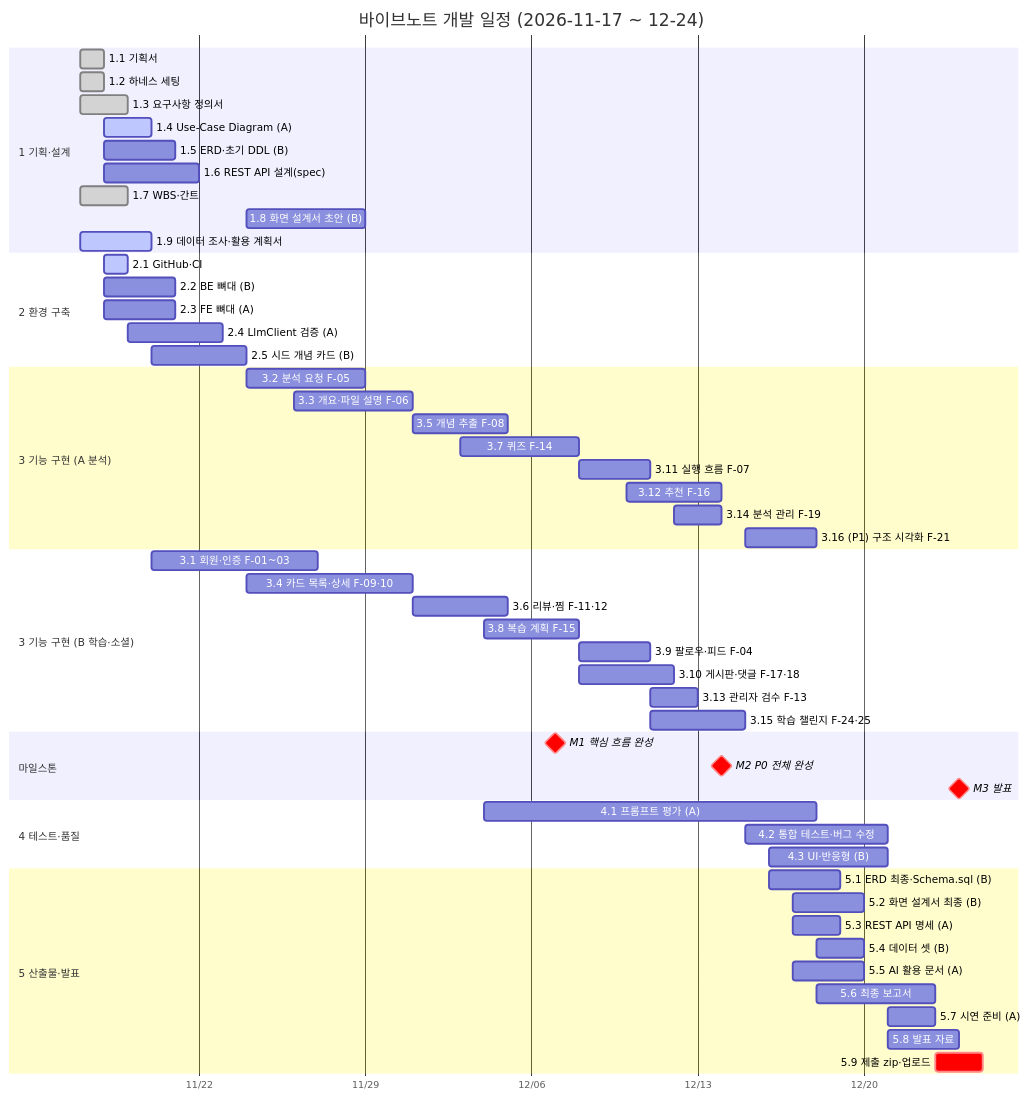
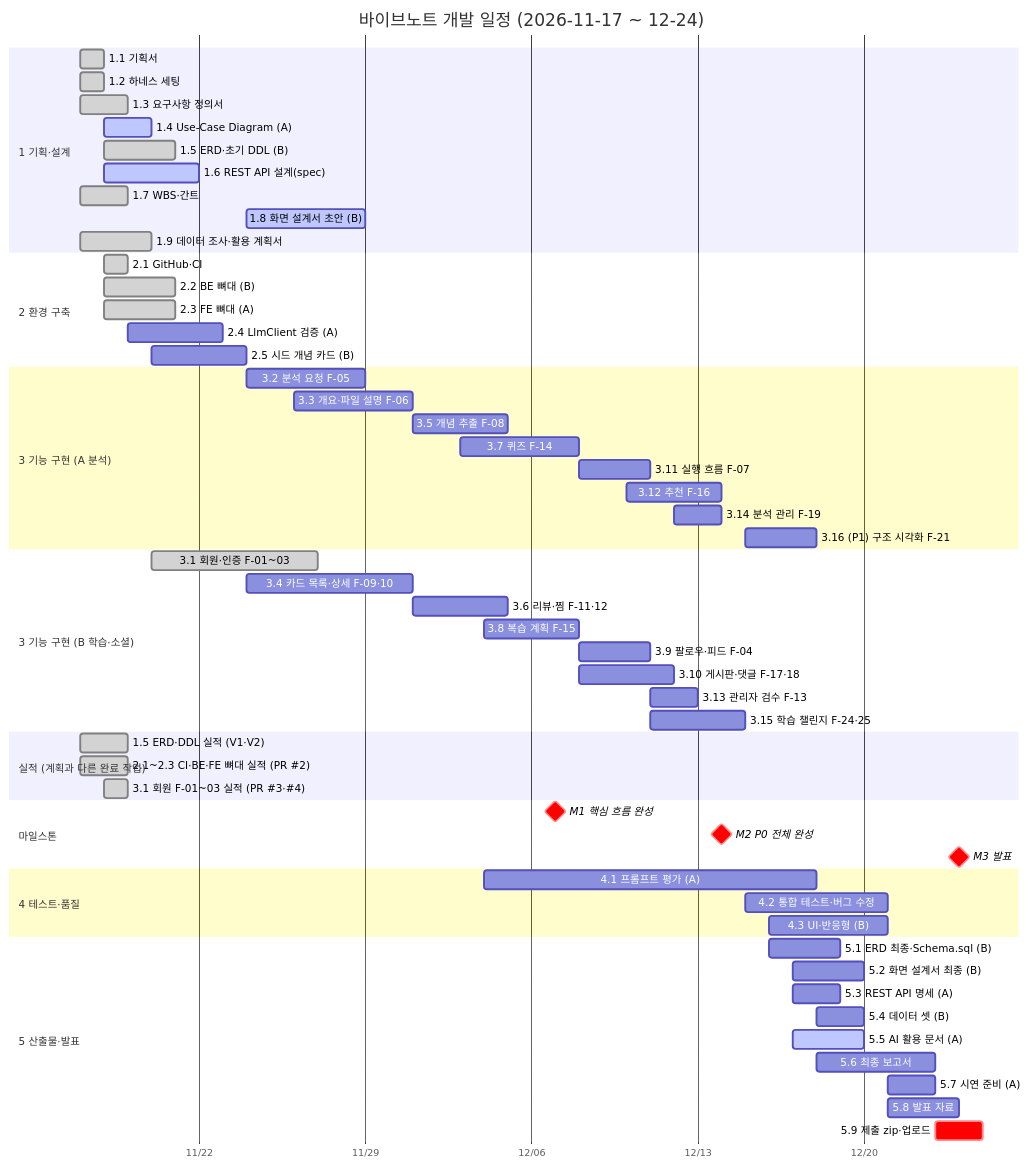
One commit to whans1996/final changed the diagram in docs/산출물/05-간트차트.md. Above: the diagram before and after it, drawn with Mermaid. The commit also changed other lines of this file and 1 other file, not shown here.

Commit message:
docs: WBS·간트 실적 반영 (기준선 유지 + 실적 열, 일정 관리 방식)
- 11/17 초판 이후 갱신되지 않던 상태를 실제에 맞춤 (1.5·1.9·2.1~2.3·3.1 완료, 1.4·1.6·1.8·5.5 진행)
- 계획 날짜는 기준선으로 두고 실적 열·간트 실적 섹션에 실제 날짜를 기록
- 재계획은 /progress가 마일스톤 위험을 판정했을 때만

````diff
--- a/docs/산출물/05-간트차트.md
+++ b/docs/산출물/05-간트차트.md
@@ -6,66 +7,71 @@
 ```mermaid
 gantt
   title 바이브노트 개발 일정 (2026-11-17 ~ 12-24)
   dateFormat YYYY-MM-DD
   axisFormat %m/%d
   todayMarker off
 
   section 1 기획·설계
   1.1 기획서                     :done,    t11, 2026-11-17, 1d
   1.2 하네스 세팅                :done,    t12, 2026-11-17, 1d
   1.3 요구사항 정의서            :done,    t13, 2026-11-17, 2d
   1.4 Use-Case Diagram (A)       :active,  t14, 2026-11-18, 2d
-  1.5 ERD·초기 DDL (B)           :         t15, 2026-11-18, 3d
-  1.6 REST API 설계(spec)        :         t16, 2026-11-18, 4d
+  1.5 ERD·초기 DDL (B)           :done,    t15, 2026-11-18, 3d
+  1.6 REST API 설계(spec)        :active,  t16, 2026-11-18, 4d
   1.7 WBS·간트                   :done,    t17, 2026-11-17, 2d
-  1.8 화면 설계서 초안 (B)       :         t18, 2026-11-24, 5d
-  1.9 데이터 조사·활용 계획서    :active,  t19, 2026-11-17, 3d
+  1.8 화면 설계서 초안 (B)       :active,  t18, 2026-11-24, 5d
+  1.9 데이터 조사·활용 계획서    :done,    t19, 2026-11-17, 3d
 
   section 2 환경 구축
-  2.1 GitHub·CI                  :active,  t21, 2026-11-18, 1d
-  2.2 BE 뼈대 (B)                :         t22, 2026-11-18, 3d
-  2.3 FE 뼈대 (A)                :         t23, 2026-11-18, 3d
+  2.1 GitHub·CI                  :done,    t21, 2026-11-18, 1d
+  2.2 BE 뼈대 (B)                :done,    t22, 2026-11-18, 3d
+  2.3 FE 뼈대 (A)                :done,    t23, 2026-11-18, 3d
   2.4 LlmClient 검증 (A)         :         t24, 2026-11-19, 4d
   2.5 시드 개념 카드 (B)         :         t25, 2026-11-20, 4d
 
   section 3 기능 구현 (A 분석)
   3.2 분석 요청 F-05             :         t32, 2026-11-24, 5d
   3.3 개요·파일 설명 F-06        :         t33, 2026-11-26, 5d
   3.5 개념 추출 F-08             :         t35, 2026-12-01, 4d
   3.7 퀴즈 F-14                  :         t37, 2026-12-03, 5d
   3.11 실행 흐름 F-07            :         t311, 2026-12-08, 3d
   3.12 추천 F-16                 :         t312, 2026-12-10, 4d
   3.14 분석 관리 F-19            :         t314, 2026-12-12, 2d
   3.16 (P1) 구조 시각화 F-21     :         t316, 2026-12-15, 3d
 
   section 3 기능 구현 (B 학습·소셜)
-  3.1 회원·인증 F-01~03          :         t31, 2026-11-20, 7d
+  3.1 회원·인증 F-01~03          :done,    t31, 2026-11-20, 7d
   3.4 카드 목록·상세 F-09·10     :         t34, 2026-11-24, 7d
   3.6 리뷰·찜 F-11·12            :         t36, 2026-12-01, 4d
   3.8 복습 계획 F-15             :         t38, 2026-12-04, 4d
   3.9 팔로우·피드 F-04           :         t39, 2026-12-08, 3d
   3.10 게시판·댓글 F-17·18       :         t310, 2026-12-08, 4d
   3.13 관리자 검수 F-13          :         t313, 2026-12-11, 2d
   3.15 학습 챌린지 F-24·25       :         t315, 2026-12-11, 4d
+
+  section 실적 (계획과 다른 완료 작업)
+  1.5 ERD·DDL 실적 (V1·V2)       :done,    a15, 2026-11-17, 2d
+  2.1~2.3 CI·BE·FE 뼈대 실적 (PR #2) :done, a21, 2026-11-17, 2d
+  3.1 회원 F-01~03 실적 (PR #3·#4) :done,  a31, 2026-11-18, 1d
 
   section 마일스톤
   M1 핵심 흐름 완성              :milestone, crit, m1, 2026-12-07, 0d
   M2 P0 전체 완성                :milestone, crit, m2, 2026-12-14, 0d
   M3 발표                        :milestone, crit, m3, 2026-12-24, 0d
 
   section 4 테스트·품질
   4.1 프롬프트 평가 (A)          :         t41, 2026-12-04, 14d
   4.2 통합 테스트·버그 수정      :         t42, 2026-12-15, 6d
   4.3 UI·반응형 (B)              :         t43, 2026-12-16, 5d
 
   section 5 산출물·발표
   5.1 ERD 최종·Schema.sql (B)    :         t51, 2026-12-16, 3d
   5.2 화면 설계서 최종 (B)       :         t52, 2026-12-17, 3d
   5.3 REST API 명세 (A)          :         t53, 2026-12-17, 2d
   5.4 데이터 셋 (B)              :         t54, 2026-12-18, 2d
-  5.5 AI 활용 문서 (A)           :         t55, 2026-12-17, 3d
+  5.5 AI 활용 문서 (A)           :active,  t55, 2026-12-17, 3d
   5.6 최종 보고서                :         t56, 2026-12-18, 5d
   5.7 시연 준비 (A)              :         t57, 2026-12-21, 2d
   5.8 발표 자료                  :         t58, 2026-12-21, 3d
   5.9 제출 zip·업로드            :crit,    t59, 2026-12-23, 2d
 ```
````
